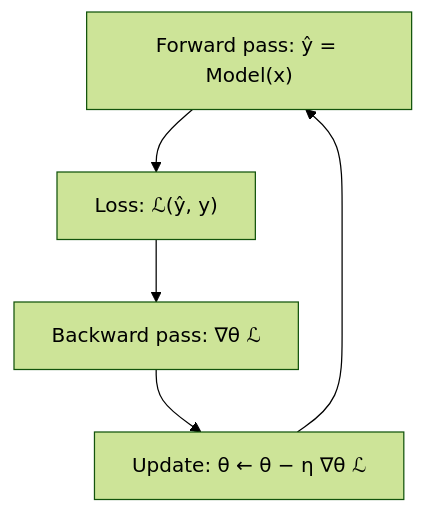
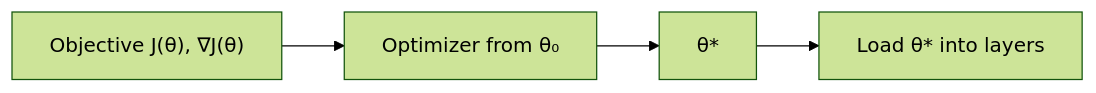
The second of 3 diagrams in doc/model/Model.md (embedded-pro/neural-network-toobox-cpp), drawn with Mermaid (forest theme) before and after one commit. The commit also changed other lines of this file and 223 other files, not shown here.

````diff
--- a/doc/model/Model.md
+++ b/doc/model/Model.md
@@ -47,8 +63,4 @@
 ```mermaid
-graph TD
-    FP["Forward pass: ŷ = Model(x)"]
-    LC["Loss: ℒ(ŷ, y)"]
-    BP["Backward pass: ∇θ ℒ"]
-    UP["Update: θ ← θ − η ∇θ ℒ"]
-    FP --> LC --> BP --> UP --> FP
+graph LR
+    J["Objective J(θ), ∇J(θ)"] --> OPT["Optimizer from θ₀"] --> TH["θ*"] --> SET["Load θ* into layers"]
 ```
````
